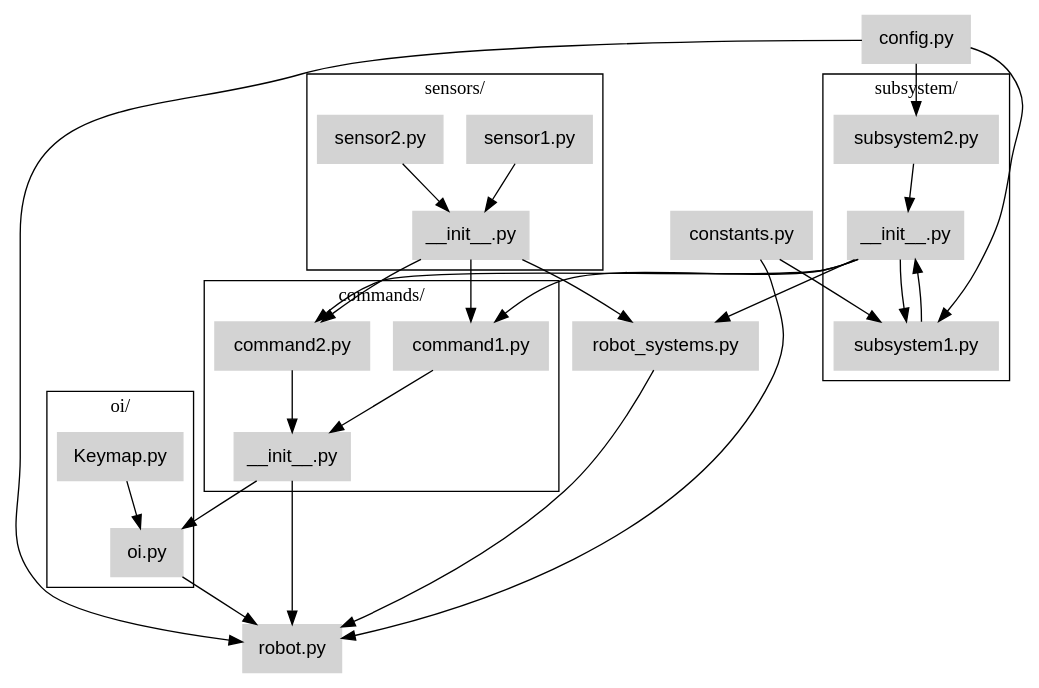
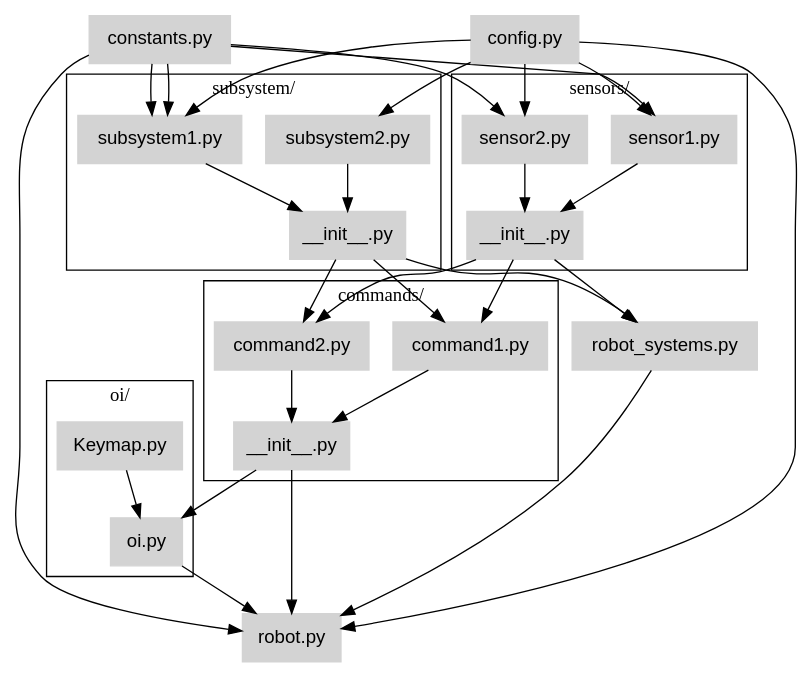
The diagram in docs/code/file_structure.rst (Choate-Robotics/Programming-SOPs), drawn with Graphviz before and after one commit.

```diff
--- a/docs/code/file_structure.rst
+++ b/docs/code/file_structure.rst
@@ -62,8 +62,14 @@
         // subsystem connections
         constants_py -> subsystem1_py
         config_py -> subsystem1_py
-        subsystems -> subsystem1_py
+        constants_py -> subsystem1_py
         config_py -> subsystem2_py
+
+        // sensor connections
+        constants_py -> sensor1_py
+        config_py -> sensor1_py
+        constants_py -> sensor2_py
+        config_py -> sensor2_py
 
         // robot system connections
         subsystems -> robot_systems_py
```
